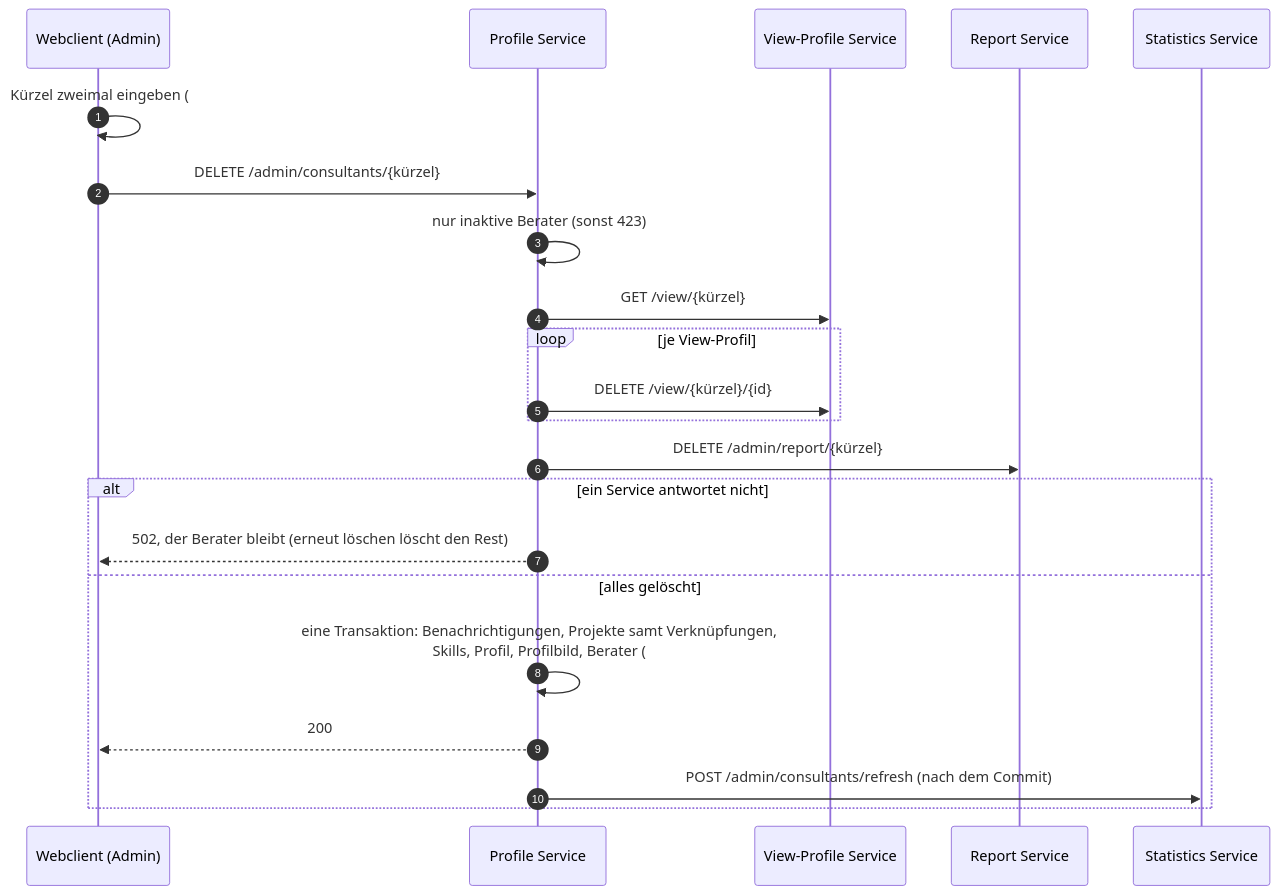
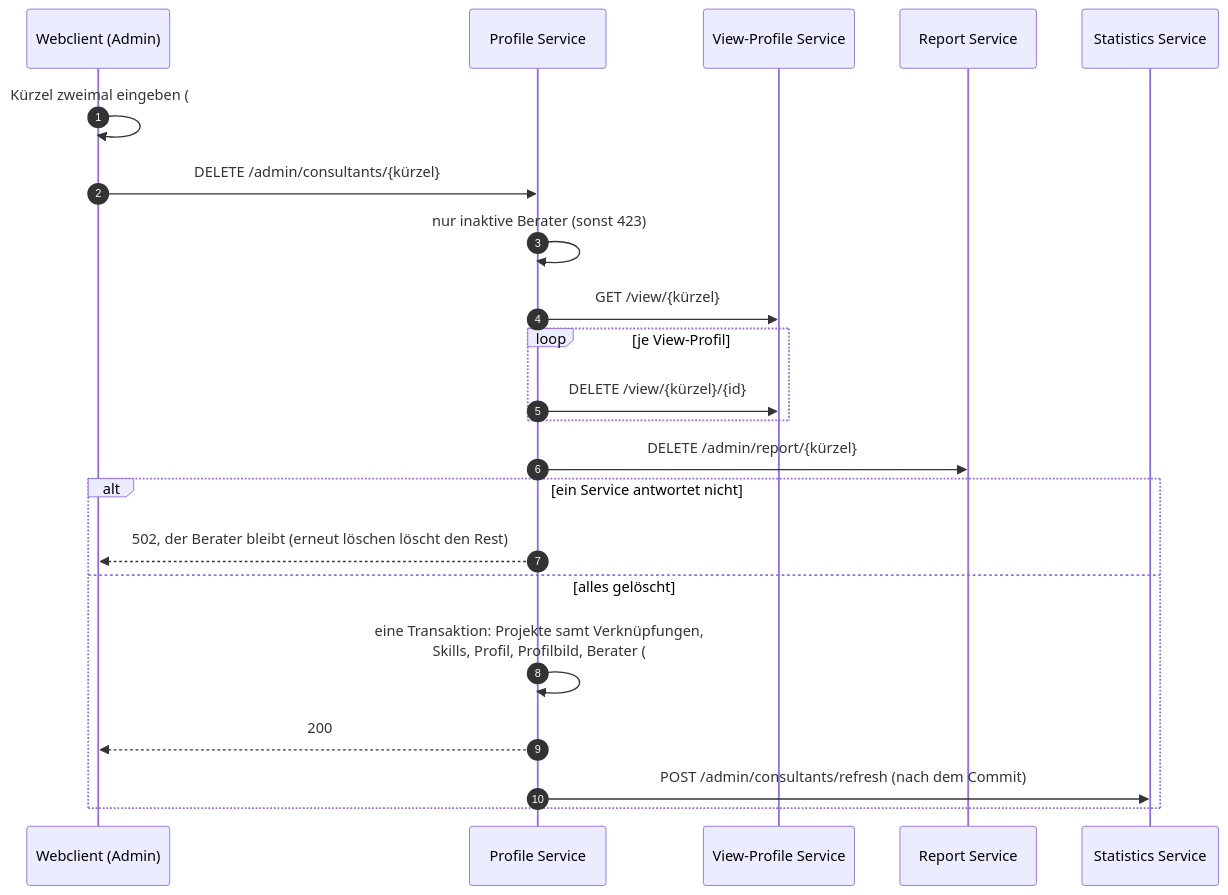
Before and after one commit to HBTGmbH/hbt-power: the seventh of 8 diagrams in docs/arc42/06-laufzeitsicht.md, drawn with Mermaid. The commit also changed other lines of this file and 66 other files, not shown here.

````diff
--- a/docs/arc42/06-laufzeitsicht.md
+++ b/docs/arc42/06-laufzeitsicht.md
@@ -163,25 +163,25 @@
 ```mermaid
 sequenceDiagram
     autonumber
     participant W as Webclient (Admin)
     participant P as Profile Service
     participant V as View-Profile Service
     participant R as Report Service
     participant ST as Statistics Service
 
     W->>W: Kürzel zweimal eingeben (#181)
     W->>P: DELETE /admin/consultants/{kürzel}
     P->>P: nur inaktive Berater (sonst 423)
     P->>V: GET /view/{kürzel}
     loop je View-Profil
         P->>V: DELETE /view/{kürzel}/{id}
     end
     P->>R: DELETE /admin/report/{kürzel}
     alt ein Service antwortet nicht
         P-->>W: 502, der Berater bleibt (erneut löschen löscht den Rest)
     else alles gelöscht
-        P->>P: eine Transaktion: Benachrichtigungen, Projekte samt Verknüpfungen,<br/>Skills, Profil, Profilbild, Berater (#240, #243)
+        P->>P: eine Transaktion: Projekte samt Verknüpfungen,<br/>Skills, Profil, Profilbild, Berater (#240, #243)
         P-->>W: 200
         P->>ST: POST /admin/consultants/refresh (nach dem Commit)
     end
 ```
````
